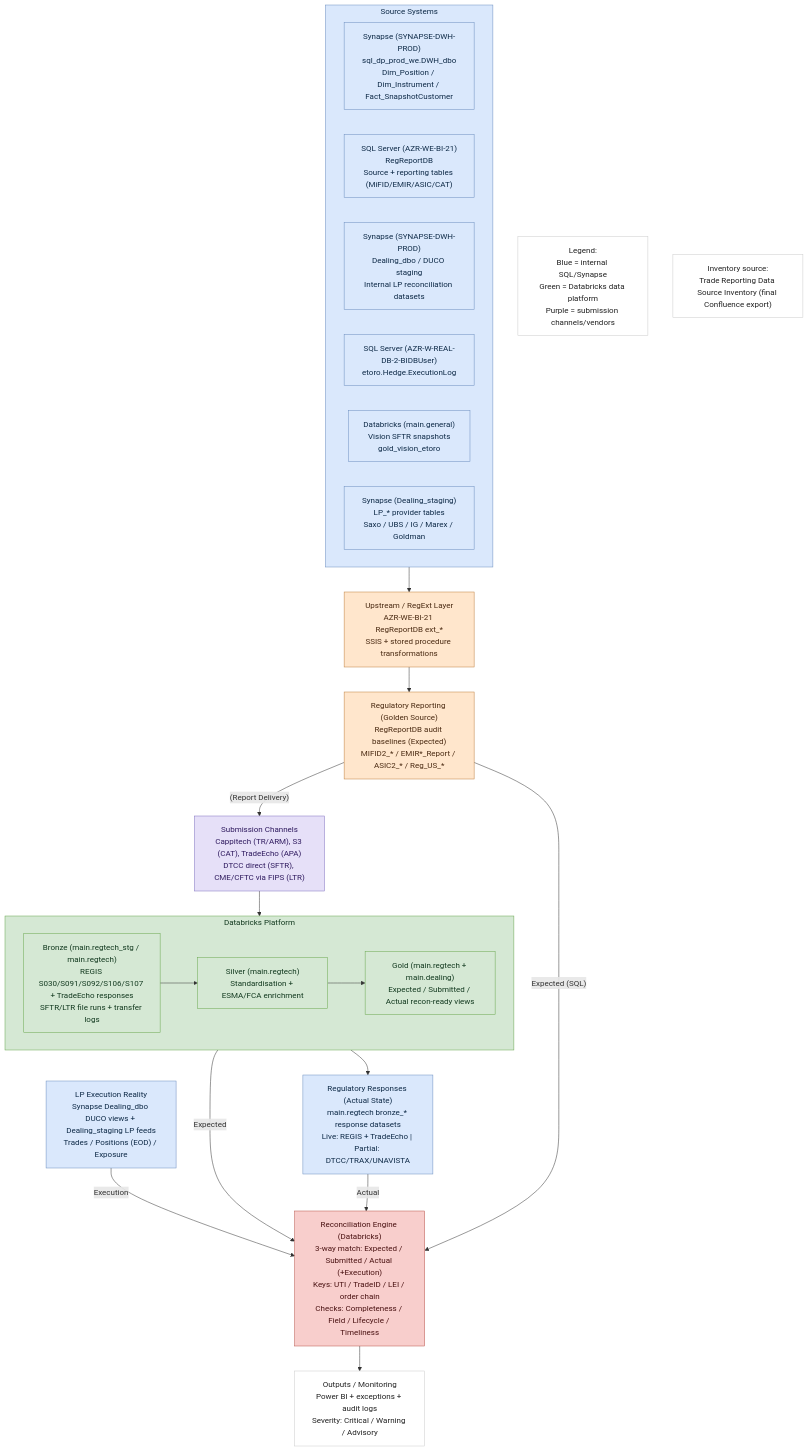
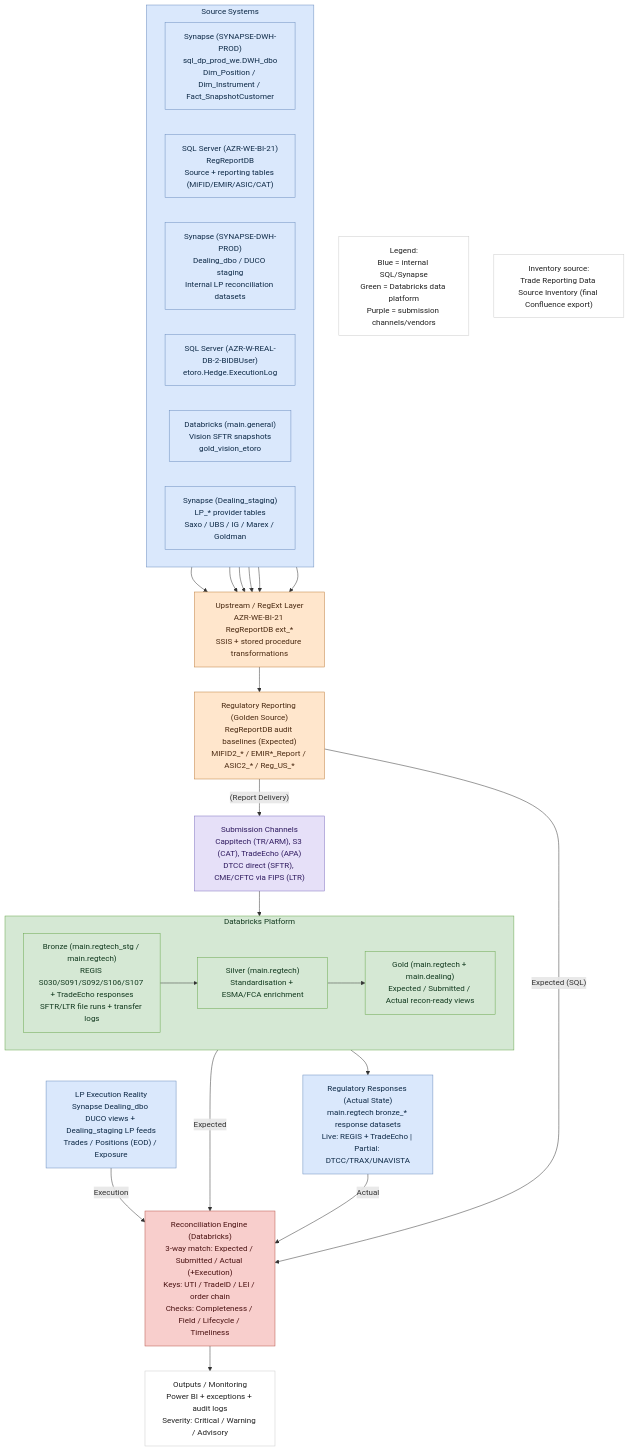
The diagram in docs/trade-recon-architecture-v2-from-xml.md (valentinosko-hub/RegTech), drawn with Mermaid before and after one commit. The commit also changed 1 other file, not shown here.

Commit message:
Fix Mermaid compatibility by avoiding subgraph links

````diff
--- a/docs/trade-recon-architecture-v2-from-xml.md
+++ b/docs/trade-recon-architecture-v2-from-xml.md
@@ -3,60 +3,65 @@
 ```mermaid
 flowchart TB
   %% Source systems
   subgraph SW1["Source Systems"]
     direction LR
     S1["Synapse (SYNAPSE-DWH-PROD)<br/>sql_dp_prod_we.DWH_dbo<br/>Dim_Position / Dim_Instrument / Fact_SnapshotCustomer"]
     S2["SQL Server (AZR-WE-BI-21)<br/>RegReportDB<br/>Source + reporting tables (MiFID/EMIR/ASIC/CAT)"]
     S3["Synapse (SYNAPSE-DWH-PROD)<br/>Dealing_dbo / DUCO staging<br/>Internal LP reconciliation datasets"]
     S4["SQL Server (AZR-W-REAL-DB-2-BIDBUser)<br/>etoro.Hedge.ExecutionLog"]
     S5["Databricks (main.general)<br/>Vision SFTR snapshots<br/>gold_vision_etoro"]
     S6["Synapse (Dealing_staging)<br/>LP_* provider tables<br/>Saxo / UBS / IG / Marex / Goldman"]
   end
 
   REGEXT["Upstream / RegExt Layer<br/>AZR-WE-BI-21 RegReportDB ext_*<br/>SSIS + stored procedure transformations"]
   REPORT["Regulatory Reporting (Golden Source)<br/>RegReportDB audit baselines (Expected)<br/>MIFID2_* / EMIR*_Report / ASIC2_* / Reg_US_*"]
   SUB["Submission Channels<br/>Cappitech (TR/ARM), S3 (CAT), TradeEcho (APA)<br/>DTCC direct (SFTR), CME/CFTC via FIPS (LTR)"]
 
   %% Databricks platform
   subgraph DB["Databricks Platform"]
     direction LR
     BRONZE["Bronze (main.regtech_stg / main.regtech)<br/>REGIS S030/S091/S092/S106/S107 + TradeEcho responses<br/>SFTR/LTR file runs + transfer logs"]
     SILVER["Silver (main.regtech)<br/>Standardisation + ESMA/FCA enrichment"]
     GOLD["Gold (main.regtech + main.dealing)<br/>Expected / Submitted / Actual recon-ready views"]
   end
 
   LP["LP Execution Reality<br/>Synapse Dealing_dbo DUCO views + Dealing_staging LP feeds<br/>Trades / Positions (EOD) / Exposure"]
   TR["Regulatory Responses (Actual State)<br/>main.regtech bronze_* response datasets<br/>Live: REGIS + TradeEcho | Partial: DTCC/TRAX/UNAVISTA"]
   RECON["Reconciliation Engine (Databricks)<br/>3-way match: Expected / Submitted / Actual (+Execution)<br/>Keys: UTI / TradeID / LEI / order chain<br/>Checks: Completeness / Field / Lifecycle / Timeliness"]
   OUT["Outputs / Monitoring<br/>Power BI + exceptions + audit logs<br/>Severity: Critical / Warning / Advisory"]
 
   LEGEND["Legend:<br/>Blue = internal SQL/Synapse<br/>Green = Databricks data platform<br/>Purple = submission channels/vendors"]
   NOTE["Inventory source:<br/>Trade Reporting Data Source Inventory (final Confluence export)"]
 
   %% Edges translated from XML
-  SW1 --> REGEXT
+  S1 --> REGEXT
+  S2 --> REGEXT
+  S3 --> REGEXT
+  S4 --> REGEXT
+  S5 --> REGEXT
+  S6 --> REGEXT
   REGEXT --> REPORT
   REPORT -- "(Report Delivery)" --> SUB
   SUB --> BRONZE
   BRONZE --> SILVER --> GOLD
   GOLD -- "Expected" --> RECON
   LP -- "Execution" --> RECON
   TR -- "Actual" --> RECON
   RECON --> OUT
   REPORT -- "Expected (SQL)" --> RECON
   GOLD --> TR
 
   classDef internal fill:#dae8fc,stroke:#6c8ebf,color:#0e2a47;
   classDef sql fill:#ffe6cc,stroke:#bf7f3f,color:#4a2a12;
   classDef vendor fill:#e6e0f8,stroke:#7f70bf,color:#2f1a5f;
   classDef dbx fill:#d5e8d4,stroke:#6aa84f,color:#12391f;
   classDef recon fill:#f8cecc,stroke:#b8544a,color:#4a1212;
   classDef neutral fill:#ffffff,stroke:#cccccc,color:#222;
 
   class SW1,S1,S2,S3,S4,S5,S6,LP,TR internal;
   class REGEXT,REPORT sql;
   class SUB vendor;
   class DB,BRONZE,SILVER,GOLD dbx;
   class RECON recon;
   class OUT,LEGEND,NOTE neutral;
 ```
````
